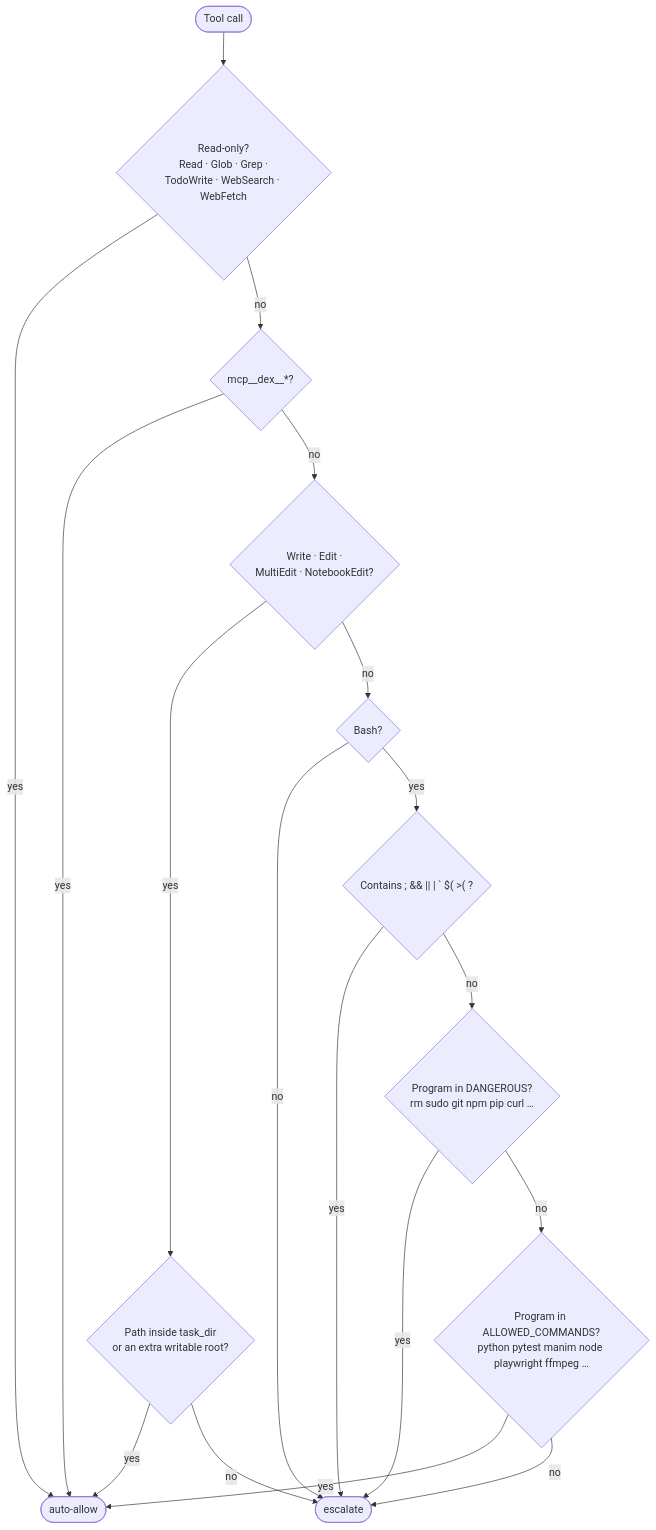
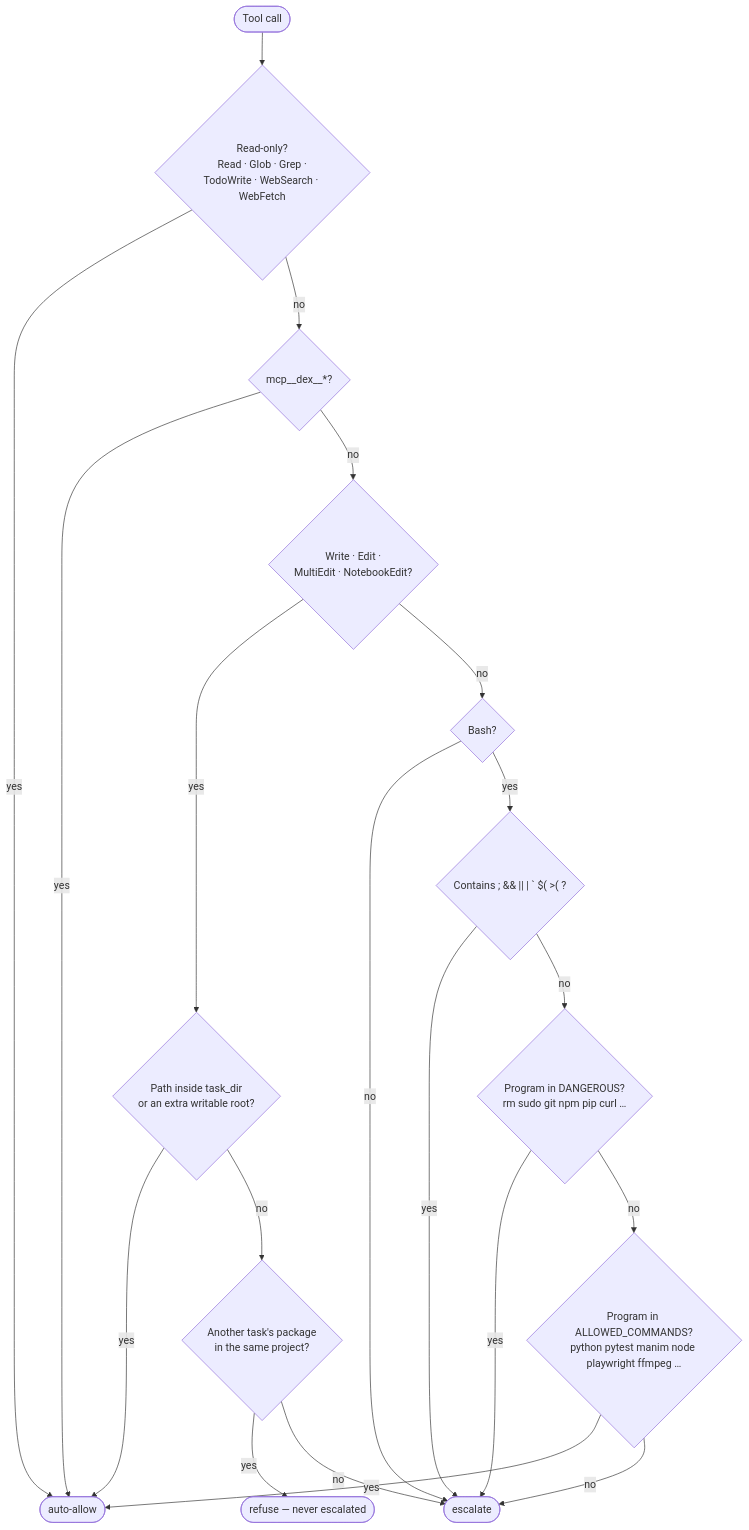
One commit to radubools/dex changed the second of 8 diagrams in design/03_agent_runner.md. Above: the diagram before and after it, drawn with Mermaid. The commit also changed other lines of this file and 6 other files, not shown here.

````diff
--- a/design/03_agent_runner.md
+++ b/design/03_agent_runner.md
@@ -82,20 +82,22 @@
 ```mermaid
 flowchart TD
     T([Tool call]) --> RO{"Read-only?<br/>Read · Glob · Grep ·<br/>TodoWrite · WebSearch · WebFetch"}
     RO -- yes --> ALLOW([auto-allow])
     RO -- no --> MCP{"mcp__dex__*?"}
     MCP -- yes --> ALLOW
     MCP -- no --> WR{"Write · Edit ·<br/>MultiEdit · NotebookEdit?"}
     WR -- yes --> IN{"Path inside task_dir<br/>or an extra writable root?"}
     IN -- yes --> ALLOW
-    IN -- no --> ESC([escalate])
+    IN -- no --> SIB{"Another task's package<br/>in the same project?"}
+    SIB -- yes --> REF([refuse — never escalated])
+    SIB -- no --> ESC([escalate])
     WR -- no --> BASH{"Bash?"}
     BASH -- no --> ESC
     BASH -- yes --> CH{"Contains ; && || | ` $( >( ?"}
     CH -- yes --> ESC
     CH -- no --> DG{"Program in DANGEROUS?<br/>rm sudo git npm pip curl …"}
     DG -- yes --> ESC
     DG -- no --> AL{"Program in ALLOWED_COMMANDS?<br/>python pytest manim node playwright ffmpeg …"}
     AL -- yes --> ALLOW
     AL -- no --> ESC
 ```
````
